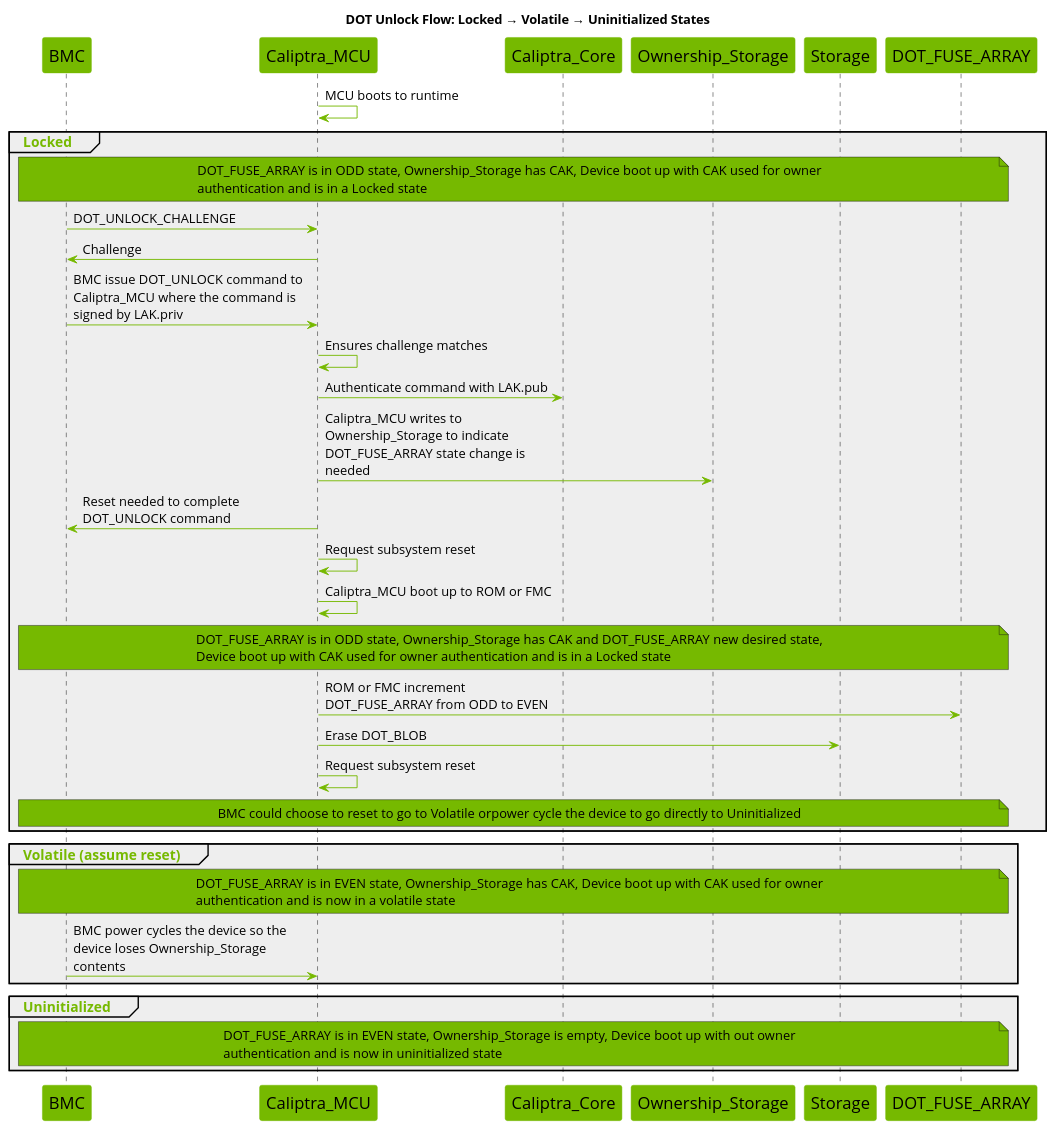
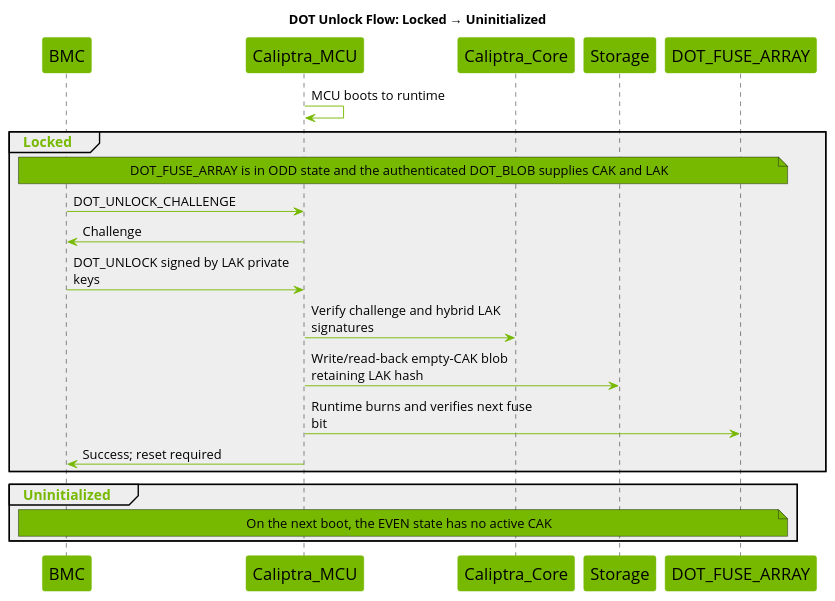
One commit to chipsalliance/caliptra-mcu-sw changed the sixth of 8 diagrams in docs/src/dot.md. Above: the diagram before and after it, drawn with PlantUML. The commit also changed other lines of this file and 6 other files, not shown here.

Commit message:
docs: document runtime DOT command family

````diff
--- a/docs/src/dot.md
+++ b/docs/src/dot.md
@@ -978,67 +918,54 @@
 ```plantuml
 @startuml
 
-title DOT Unlock Flow: Locked → Volatile → Uninitialized States
+title DOT Unlock Flow: Locked → Uninitialized
 
 skinparam maxMessageSize 250
 skinparam wrapWidth 700
 skinparam backgroundColor white
 skinparam NoteBackgroundColor #76b900
 skinparam NoteFontSize 14
 skinparam SequenceGroupBodyBackgroundColor #EEEEEE
 skinparam defaultFontName Open Sans
 
 skinparam sequence {
     ArrowColor #76b900
     ActorBorderColor #76b900
     LifeLineBorderColor #000000
     LifeLineBackgroundColor #76b900
     GroupHeaderFontsize 15
     GroupHeaderFontColor #76b900
     GroupFontSize 15
     GroupFontColor #76b900
     ArrowFontSize 15
     ParticipantBorderColor #76b900
     ParticipantBackgroundColor #76b900
     ParticipantFontSize 18
     ParticipantFontColor black
     ArrowFontSize 14
 }
 
 participant BMC
 participant Caliptra_MCU
 participant Caliptra_Core
-participant Ownership_Storage
 participant Storage
 participant DOT_FUSE_ARRAY
 
 Caliptra_MCU -> Caliptra_MCU : MCU boots to runtime
 group Locked
-    note across : DOT_FUSE_ARRAY is in ODD state, Ownership_Storage has CAK, Device boot up with CAK used for owner authentication and is in a Locked state
+    note across : DOT_FUSE_ARRAY is in ODD state and the authenticated DOT_BLOB supplies CAK and LAK
     BMC -> Caliptra_MCU : DOT_UNLOCK_CHALLENGE
     Caliptra_MCU -> BMC : Challenge
-    BMC -> Caliptra_MCU : BMC issue DOT_UNLOCK command to Caliptra_MCU where the command is signed by LAK.priv
-    Caliptra_MCU -> Caliptra_MCU: Ensures challenge matches
-    Caliptra_MCU -> Caliptra_Core : Authenticate command with LAK.pub
-    Caliptra_MCU -> Ownership_Storage : Caliptra_MCU writes to Ownership_Storage to indicate DOT_FUSE_ARRAY state change is needed
-    Caliptra_MCU -> BMC : Reset needed to complete DOT_UNLOCK command
-    Caliptra_MCU -> Caliptra_MCU : Request subsystem reset
-    Caliptra_MCU -> Caliptra_MCU : Caliptra_MCU boot up to ROM or FMC
-    note across : DOT_FUSE_ARRAY is in ODD state, Ownership_Storage has CAK and DOT_FUSE_ARRAY new desired state, Device boot up with CAK used for owner authentication and is in a Locked state
-    Caliptra_MCU -> DOT_FUSE_ARRAY : ROM or FMC increment DOT_FUSE_ARRAY from ODD to EVEN
-    Caliptra_MCU -> Storage : Erase DOT_BLOB
-    Caliptra_MCU -> Caliptra_MCU : Request subsystem reset
-    note across : BMC could choose to reset to go to Volatile orpower cycle the device to go directly to Uninitialized
-end
-
-group Volatile (assume reset)
-    note across : DOT_FUSE_ARRAY is in EVEN state, Ownership_Storage has CAK, Device boot up with CAK used for owner authentication and is now in a volatile state
-    BMC -> Caliptra_MCU : BMC power cycles the device so the device loses Ownership_Storage contents
+    BMC -> Caliptra_MCU : DOT_UNLOCK signed by LAK private keys
+    Caliptra_MCU -> Caliptra_Core : Verify challenge and hybrid LAK signatures
+    Caliptra_MCU -> Storage : Write/read-back empty-CAK blob retaining LAK hash
+    Caliptra_MCU -> DOT_FUSE_ARRAY : Runtime burns and verifies next fuse bit
+    Caliptra_MCU -> BMC : Success; reset required
 end
 
 group Uninitialized
-    note across : DOT_FUSE_ARRAY is in EVEN state, Ownership_Storage is empty, Device boot up with out owner authentication and is now in uninitialized state
+    note across : On the next boot, the EVEN state has no active CAK
 end
 
 @enduml
 ```
````
